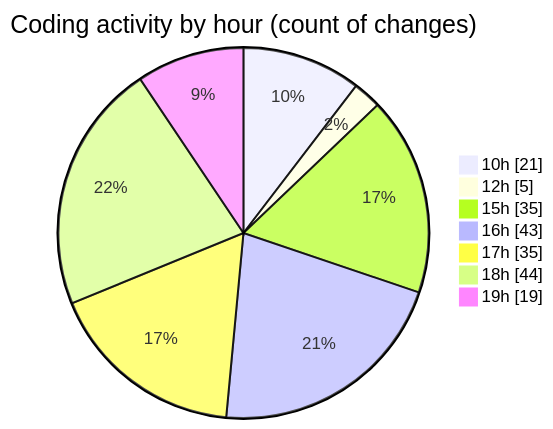
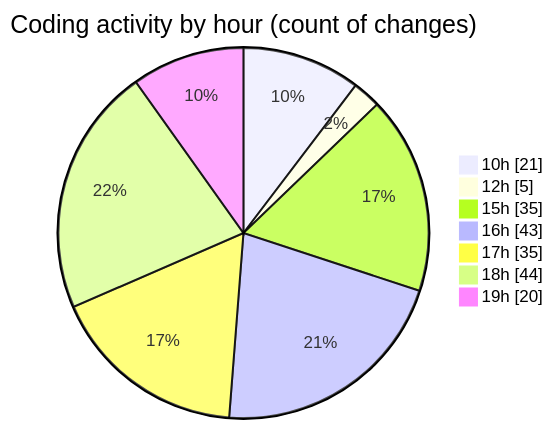
One commit to momahboobian/code-tracking changed the second of 2 diagrams in 2025-08-27/cda/README.md. Above: the diagram before and after it, drawn with Mermaid. The commit also changed other lines of this file and 1 other file, not shown here.

````diff
--- a/2025-08-27/cda/README.md
+++ b/2025-08-27/cda/README.md
@@ -49,11 +49,11 @@
 ```mermaid
 pie showData
 title Coding activity by hour (count of changes)
 "10h" : 21
 "12h" : 5
 "15h" : 35
 "16h" : 43
 "17h" : 35
 "18h" : 44
-"19h" : 19
+"19h" : 20
 ```
````
